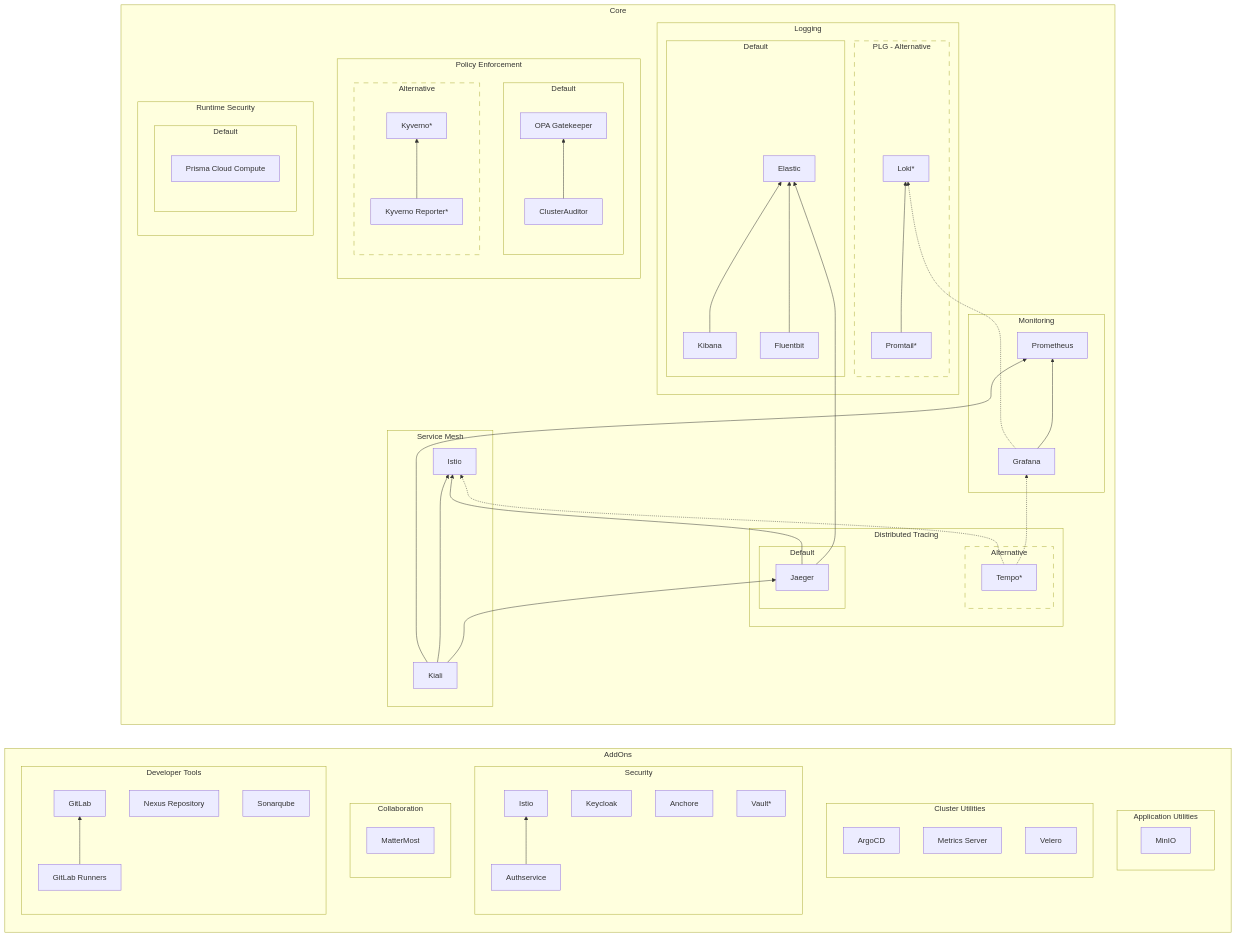
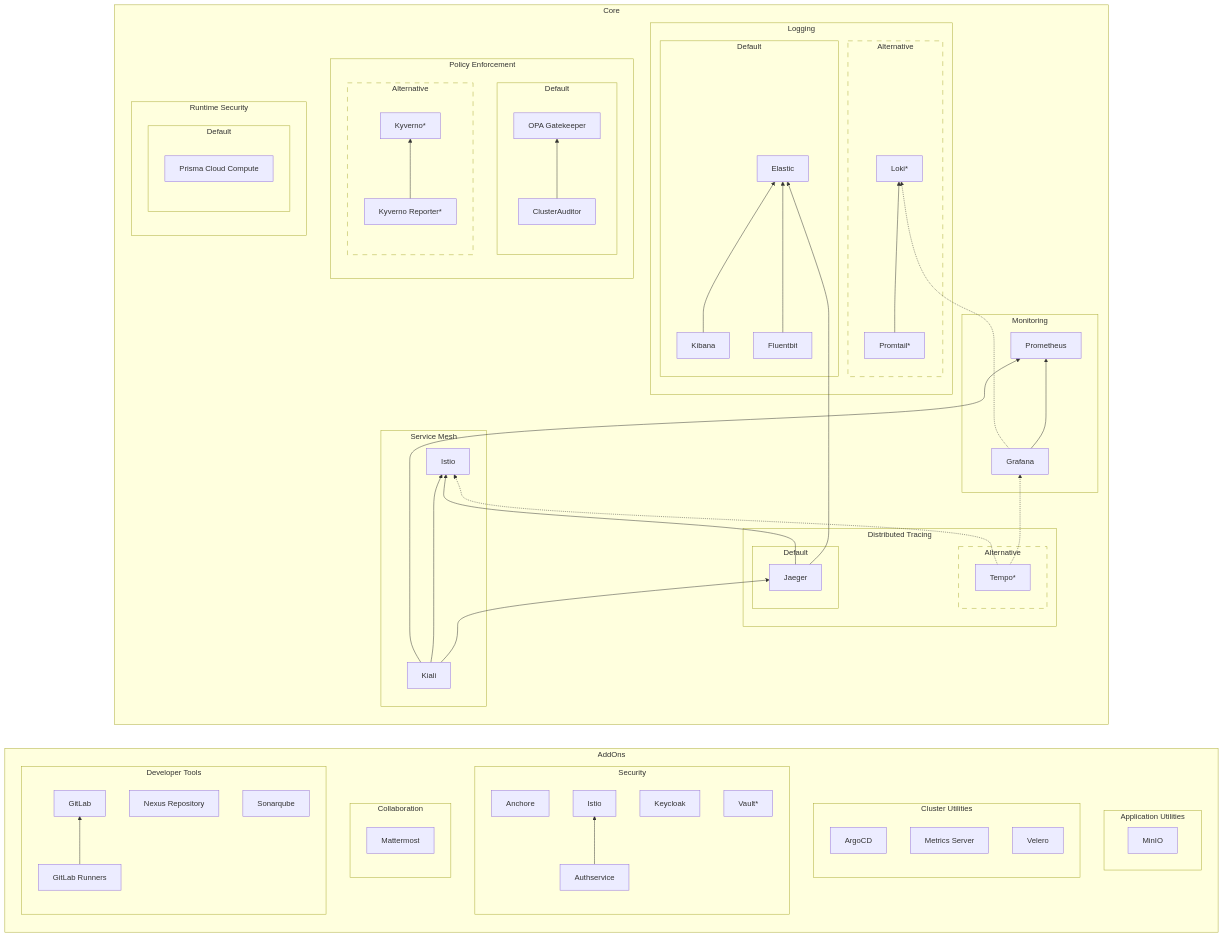
The diagram in charter/BigBangPackages.md (m3ssana/bigbang), drawn with Mermaid before and after one commit. The commit also changed other lines of this file, not shown here.

````diff
--- a/charter/BigBangPackages.md
+++ b/charter/BigBangPackages.md
@@ -14,6 +18,7 @@
   subgraph AddOns
     subgraph AppUtils[Application Utilities]
       MinIO
+      click MinIO "https://repo1.dso.mil/platform-one/big-bang/bigbang/-/blob/master/charter/packages/minio/Architecture.md"
     end
 
     subgraph ClusterUtils[Cluster Utilities]
@@ -25,22 +30,30 @@
 
     subgraph "Security"
     direction BT
+      Anchore
+      click Anchore "https://repo1.dso.mil/platform-one/big-bang/bigbang/-/blob/master/charter/packages/anchore/Architecture.md"
       Authservice --> I[Istio]
+      click Authservice "https://repo1.dso.mil/platform-one/big-bang/bigbang/-/blob/master/charter/packages/authservice/Architecture.md"
+      click I "https://repo1.dso.mil/platform-one/big-bang/bigbang/-/blob/master/charter/packages/istio/Architecture.md"
       Keycloak
-      Anchore
+      click Keycloak "https://repo1.dso.mil/platform-one/big-bang/bigbang/-/blob/master/charter/packages/keycloak/Architecture.md"
       Vault[Vault*]
     end
 
     subgraph "Collaboration"
     direction BT
-      MatterMost
+      Mattermost
+      click Mattermost "https://repo1.dso.mil/platform-one/big-bang/bigbang/-/blob/master/charter/packages/mattermost/Architecture.md"
     end
 
     subgraph "Developer Tools"
     direction BT
       GLRunners[GitLab Runners] --> GitLab
-      Nexux[Nexus Repository]
+      click GitLab "https://repo1.dso.mil/platform-one/big-bang/bigbang/-/blob/master/charter/packages/gitlab/Architecture.md"
+      click GLRunners "https://repo1.dso.mil/platform-one/big-bang/bigbang/-/blob/master/charter/packages/gitlab/Architecture.md"
+      Nexus[Nexus Repository]
       Sonarqube
+      click Sonarqube "https://repo1.dso.mil/platform-one/big-bang/bigbang/-/blob/master/charter/packages/sonarqube/Architecture.md"
     end
   end
 
@@ -50,41 +63,52 @@
     subgraph L[Logging]
       subgraph EFK[Default]
         Kibana & Fluentbit --> Elastic
+        click Elastic "https://repo1.dso.mil/platform-one/big-bang/bigbang/-/blob/master/charter/packages/elasticsearch-kibana/Architecture.md"
+        click Kibana "https://repo1.dso.mil/platform-one/big-bang/bigbang/-/blob/master/charter/packages/elasticsearch-kibana/Architecture.md"
+        click Fluentbit "https://repo1.dso.mil/platform-one/big-bang/bigbang/-/blob/master/charter/packages/fluentbit/Architecture.md"
       end
-      subgraph PLG[PLG - Alternative]
+      subgraph PLG[Alternative]
       style PLG stroke-dasharray: 10 10
         Promtail[Promtail*] --> Loki[Loki*]
+        click Loki "https://repo1.dso.mil/platform-one/big-bang/bigbang/-/blob/master/charter/packages/loki/Architecture.md"
+        click Promtail "https://repo1.dso.mil/platform-one/big-bang/bigbang/-/blob/master/charter/packages/loki/Architecture.md"
       end
     end
 
     subgraph M[Monitoring]
       Grafana --> Prometheus
       Grafana -.-> Loki
+      click Grafana "https://repo1.dso.mil/platform-one/big-bang/bigbang/-/blob/master/charter/packages/monitoring/Architecture.md"
+      click Prometheus "https://repo1.dso.mil/platform-one/big-bang/bigbang/-/blob/master/charter/packages/monitoring/Architecture.md"
     end
 
     subgraph PE[Policy Enforcement]
       subgraph CA[Default]
       direction BT
         ClusterAuditor --> OPA[OPA Gatekeeper]
+        click OPA "https://repo1.dso.mil/platform-one/big-bang/bigbang/-/blob/master/charter/packages/opa-gatekeeper/Architecture.md"
+        click ClusterAuditor "https://repo1.dso.mil/platform-one/big-bang/bigbang/-/blob/master/charter/packages/cluster-auditor/Architecture.md"
       end
       subgraph KyvernoStack[Alternative]
       style KyvernoStack stroke-dasharray: 10 10
       direction BT
         KyvernoReporter[Kyverno Reporter*] --> Kyverno[Kyverno*]
-        click Kyverno "./#policy-enforcement"
-        click KyvernoReporter "packages/kyverno/Architecture.md"
+        click Kyverno "https://repo1.dso.mil/platform-one/big-bang/bigbang/-/blob/master/charter/packages/kyverno/Architecture.md"
+        click KyvernoReporter "https://repo1.dso.mil/platform-one/big-bang/bigbang/-/blob/master/charter/packages/kyverno/Architecture.md"
       end
     end
 
     subgraph RS[Runtime Security]
       subgraph TL[Default]
         Twistlock[Prisma Cloud Compute]
+        click Twistlock "https://repo1.dso.mil/platform-one/big-bang/bigbang/-/blob/master/charter/packages/twistlock/Architecture.md"
       end
     end
 
     subgraph DT[Distributed Tracing]
       subgraph J[Default]
         Jaeger ----> Elastic
+        click Jaeger "https://repo1.dso.mil/platform-one/big-bang/bigbang/-/blob/master/charter/packages/jaeger/Architecture.md"
       end
       subgraph T[Alternative]
       style T stroke-dasharray: 10 10
@@ -96,7 +120,8 @@
       Jaeger --> Istio
       Tempo -.-> Istio
       Kiali --> Jaeger & Istio & Prometheus
+      click Istio "https://repo1.dso.mil/platform-one/big-bang/bigbang/-/blob/master/charter/packages/istio/Architecture.md"
+      click Kiali "https://repo1.dso.mil/platform-one/big-bang/bigbang/-/blob/master/charter/packages/kiali/Architecture.md"
     end
   end
-
 ```
````
